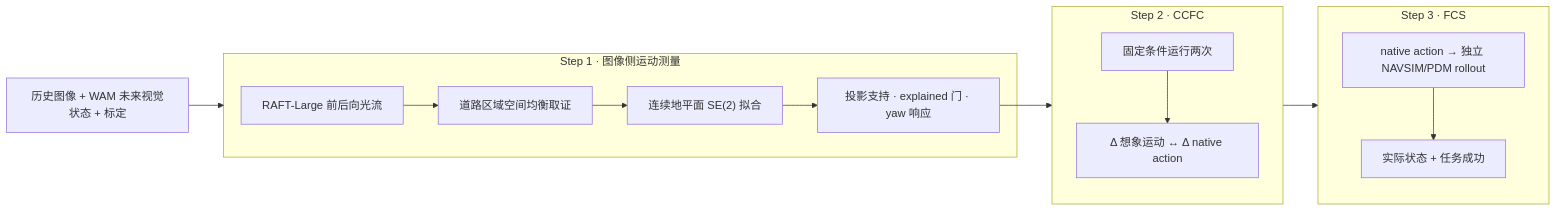
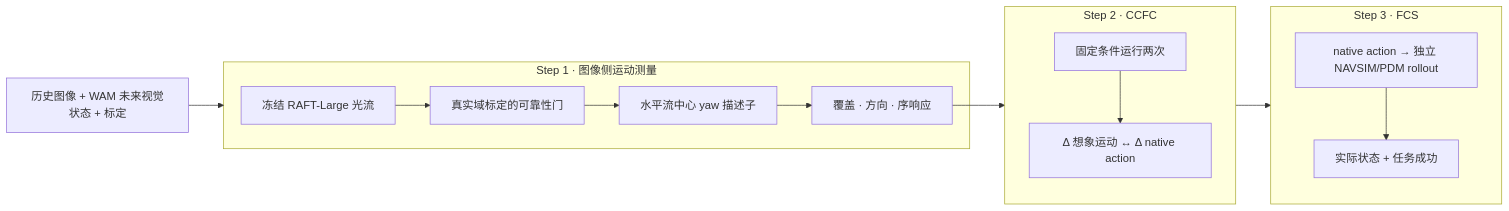
The diagram in README_zh.md (RiseBun/IAC), drawn with Mermaid before and after one commit. The commit also changed other lines of this file and 7 other files, not shown here.

````diff
--- a/README_zh.md
+++ b/README_zh.md
@@ -36,17 +36,17 @@
 ```mermaid
 flowchart LR
   I["历史图像 + WAM 未来视觉状态 + 标定"] --> S1
   subgraph S1["Step 1 · 图像侧运动测量"]
-    S1a["RAFT-Large 前后向光流"] --> S1b["道路区域空间均衡取证"]
-    S1b --> S1c["连续地平面 SE(2) 拟合"]
-    S1c --> S1d["投影支持 · explained 门 · yaw 响应"]
+    S1a["冻结 RAFT-Large 光流"] --> S1b["真实域标定的可靠性门"]
+    S1b --> S1c["水平流中心 yaw 描述子"]
+    S1c --> S1d["覆盖 · 方向 · 序响应"]
   end
   S1d --> S2
   subgraph S2["Step 2 · CCFC"]
     S2a["固定条件运行两次"] --> S2b["Δ 想象运动 ↔ Δ native action"]
   end
   S2 --> S3
   subgraph S3["Step 3 · FCS"]
     S3a["native action → 独立 NAVSIM/PDM rollout"] --> S3b["实际状态 + 任务成功"]
   end
 ```
````
